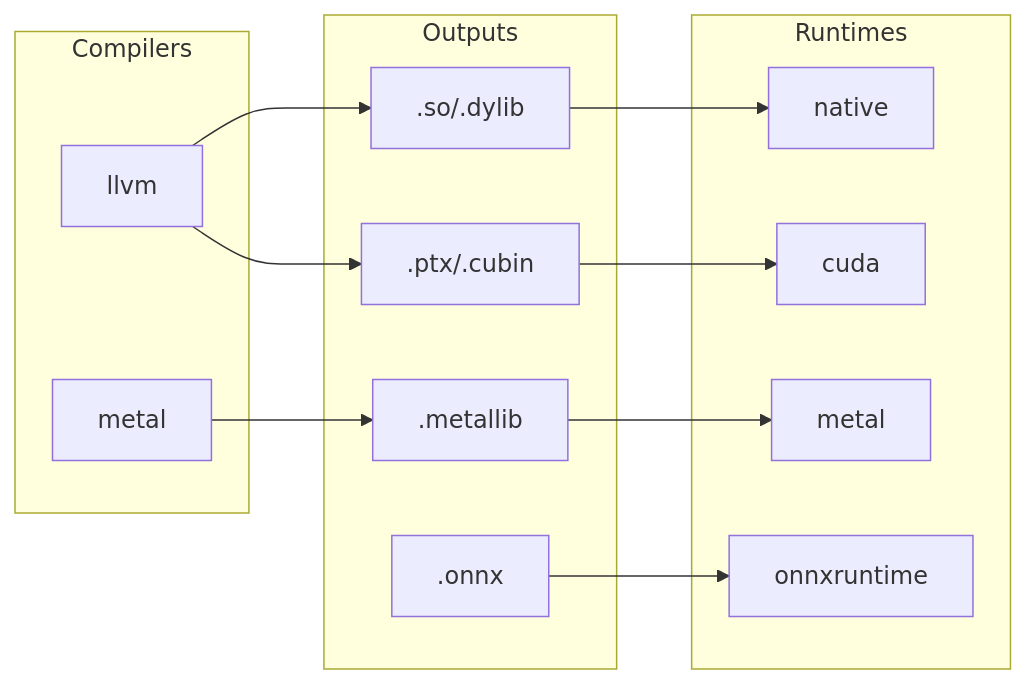
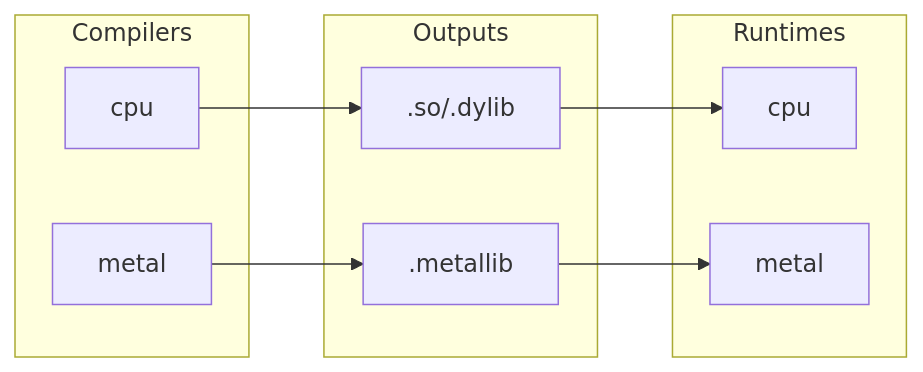
One commit to hodu-rs/hodu changed the fourth of 4 diagrams in docs/TODOS_0.3.0-2.md. Above: the diagram before and after it, drawn with Mermaid. The commit also changed other lines of this file and 3 other files, not shown here.

````diff
--- a/docs/TODOS_0.3.0-2.md
+++ b/docs/TODOS_0.3.0-2.md
@@ -684,26 +703,20 @@
 ```mermaid
 flowchart LR
     subgraph Compilers
-        llvm[llvm]
+        cpu_c[cpu]
         metal_c[metal]
     end
 
     subgraph Outputs
         so[.so/.dylib]
-        ptx[.ptx/.cubin]
         metallib[.metallib]
-        onnx_file[.onnx]
     end
 
     subgraph Runtimes
-        native[native]
-        cuda[cuda]
+        cpu_r[cpu]
         metal_r[metal]
-        onnxrt[onnxruntime]
     end
 
-    llvm --> so --> native
-    llvm --> ptx --> cuda
+    cpu_c --> so --> cpu_r
     metal_c --> metallib --> metal_r
-    onnx_file --> onnxrt
 ```
````
